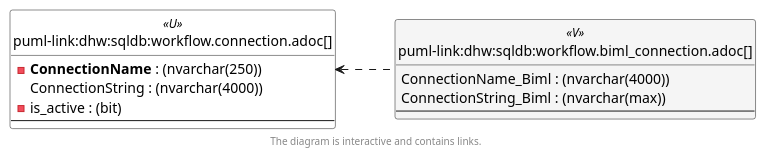
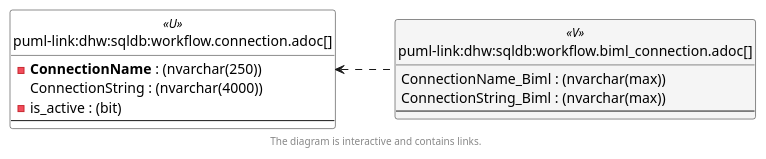
One commit to DataHandwerk/dhw-antora-sqldb changed the sixth of 6 diagrams in docs/modules/sqldb/partials/content/workflow.connection.adoc. Above: the diagram before and after it, drawn with PlantUML. The commit also changed other lines of this file and 701 other files, not shown here.

```diff
--- a/docs/modules/sqldb/partials/content/workflow.connection.adoc
+++ b/docs/modules/sqldb/partials/content/workflow.connection.adoc
@@ -745,50 +745,50 @@
 [plantuml, entity_1_1_colref-{docname}, svg, subs=macros]
 ....
 @startuml
 left to right direction
 'top to bottom direction
 hide circle
 'avoide "." issues:
 set namespaceSeparator none
 
 
 skinparam class {
   BackgroundColor White
   BackgroundColor<<FN>> Yellow
   BackgroundColor<<FS>> Yellow
   BackgroundColor<<FT>> LightGray
   BackgroundColor<<IF>> Yellow
   BackgroundColor<<IS>> Yellow
   BackgroundColor<<P>>  Aqua
   BackgroundColor<<PC>> Aqua
   BackgroundColor<<SN>> Yellow
   BackgroundColor<<SO>> SlateBlue
   BackgroundColor<<TF>> LightGray
   BackgroundColor<<TR>> Tomato
   BackgroundColor<<U>>  White
   BackgroundColor<<V>>  WhiteSmoke
   BackgroundColor<<X>>  Aqua
   BackgroundColor<<external>> AliceBlue
 }
 
 
 entity "puml-link:dhw:sqldb:workflow.biml_connection.adoc[]" as workflow.Biml_Connection << V >> {
-  ConnectionName_Biml : (nvarchar(4000))
+  ConnectionName_Biml : (nvarchar(max))
   ConnectionString_Biml : (nvarchar(max))
   --
 }
 
 entity "puml-link:dhw:sqldb:workflow.connection.adoc[]" as workflow.Connection << U >> {
   - **ConnectionName** : (nvarchar(250))
   ConnectionString : (nvarchar(4000))
   - is_active : (bit)
   --
 }
 
 workflow.Connection <.. workflow.Biml_Connection
 
 
 footer The diagram is interactive and contains links.
 
 @enduml
 ....
```
